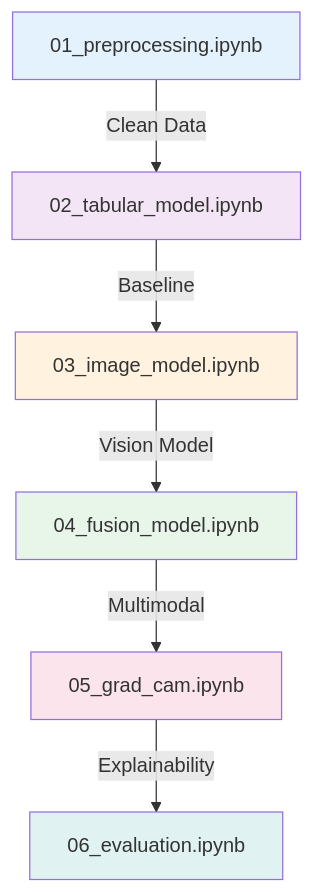
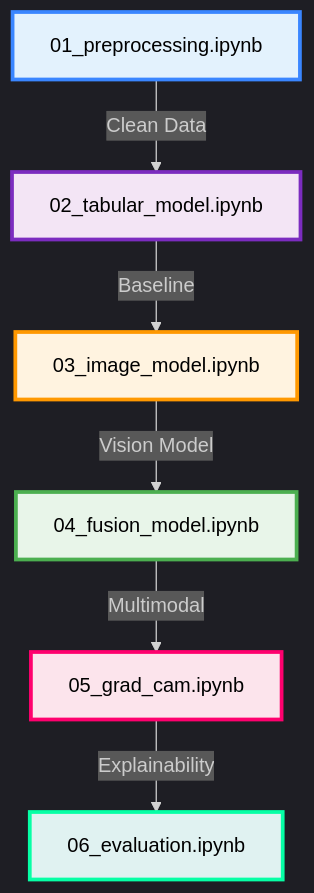
The second of 2 diagrams in README.md (Rahul2512Chauhan/Satellite-Imagery-Based-Property-Valuation), drawn with Mermaid before and after one commit. The commit also changed other lines of this file, not shown here.

````diff
--- a/README.md
+++ b/README.md
@@ -312,15 +335,16 @@
 ```mermaid
+%%{init: {'theme':'dark', 'themeVariables': {'primaryColor':'#7B2CBF'}}}%%
 graph TD
     A[01_preprocessing.ipynb] -->|Clean Data| B[02_tabular_model.ipynb]
     B -->|Baseline| C[03_image_model.ipynb]
     C -->|Vision Model| D[04_fusion_model.ipynb]
     D -->|Multimodal| E[05_grad_cam.ipynb]
     E -->|Explainability| F[06_evaluation.ipynb]
     
-    style A fill:#e3f2fd
-    style B fill:#f3e5f5
-    style C fill:#fff3e0
-    style D fill:#e8f5e9
-    style E fill:#fce4ec
-    style F fill:#e0f2f1
+    style A fill:#e3f2fd,stroke:#3A86FF,stroke-width:3px,color:#000
+    style B fill:#f3e5f5,stroke:#7B2CBF,stroke-width:3px,color:#000
+    style C fill:#fff3e0,stroke:#FF9800,stroke-width:3px,color:#000
+    style D fill:#e8f5e9,stroke:#4CAF50,stroke-width:3px,color:#000
+    style E fill:#fce4ec,stroke:#FF006E,stroke-width:3px,color:#000
+    style F fill:#e0f2f1,stroke:#06FFA5,stroke-width:3px,color:#000
 ```
````
